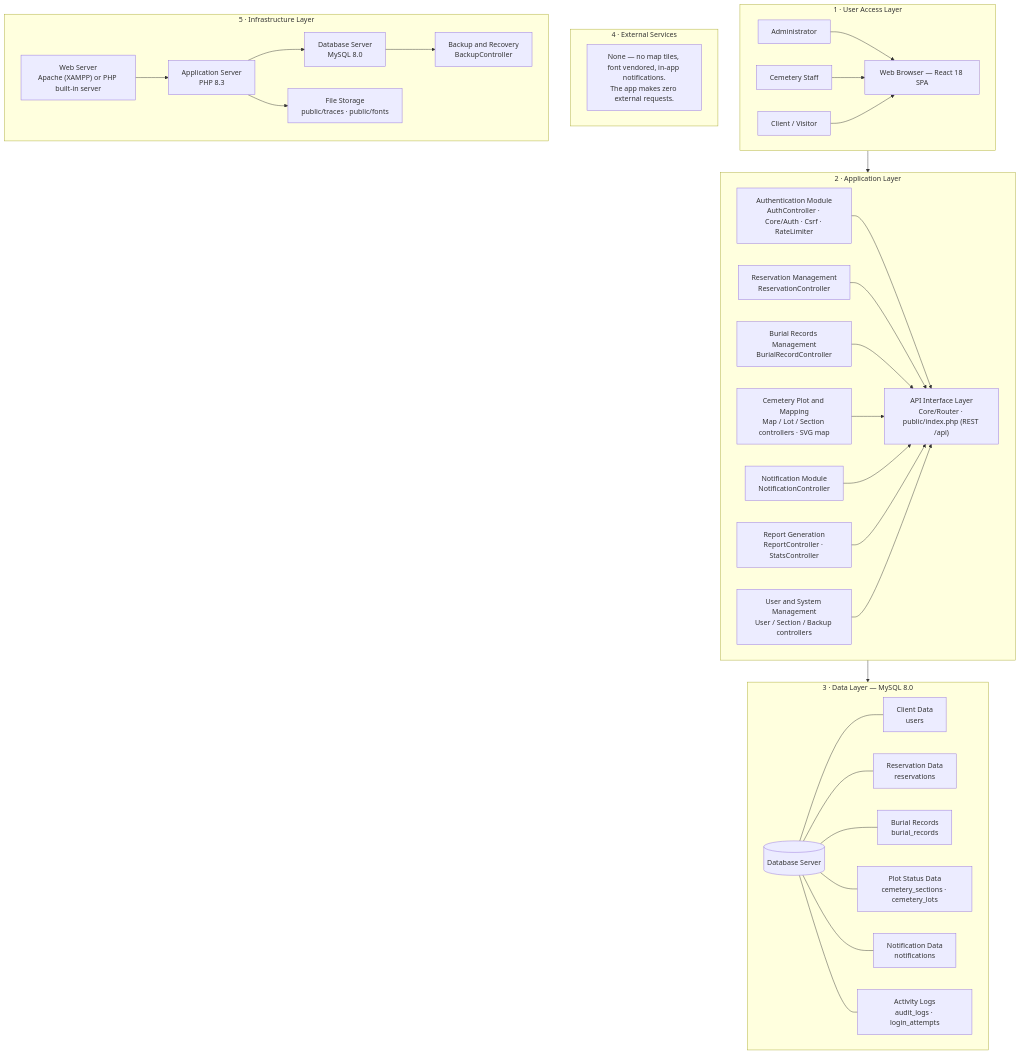
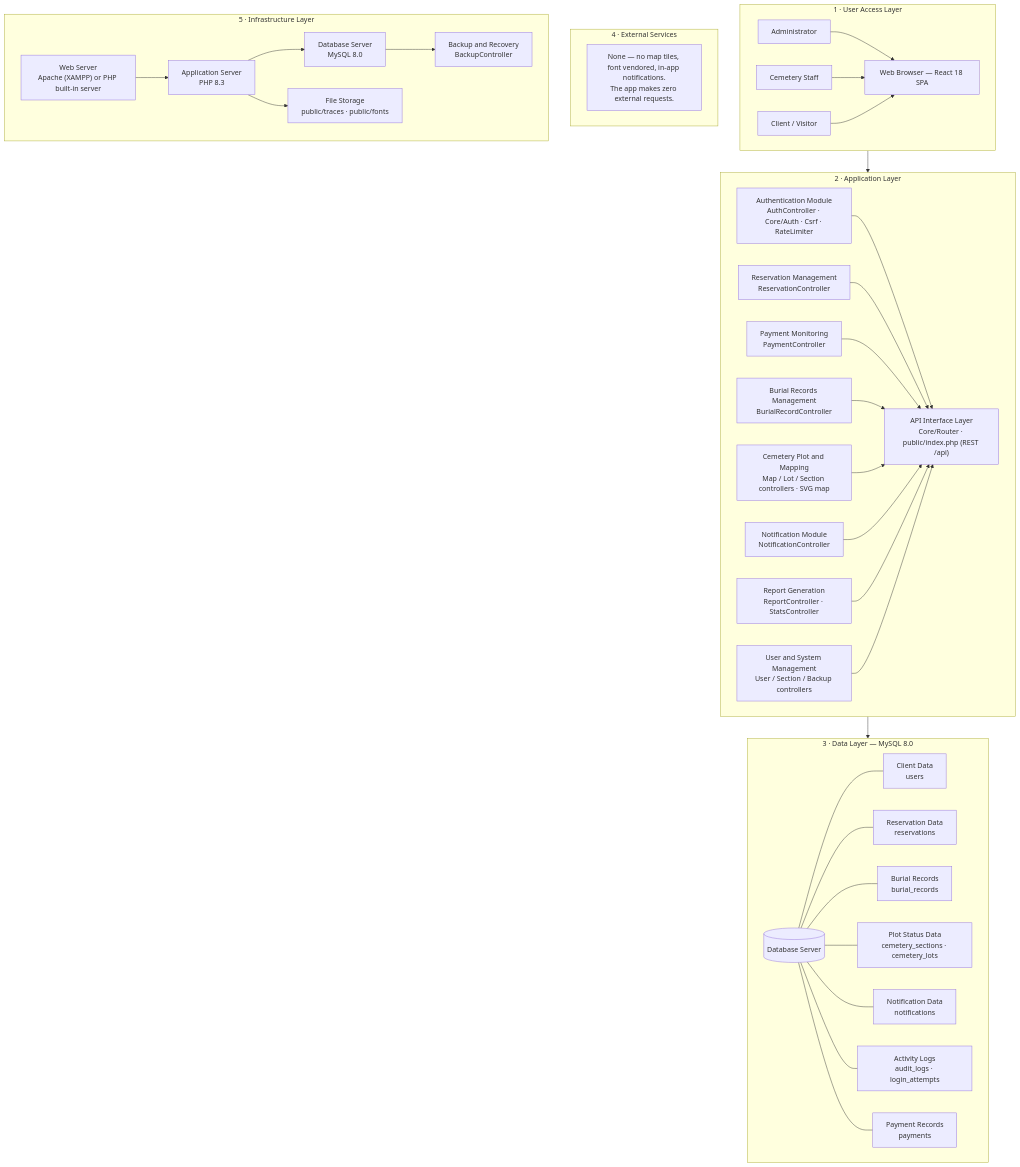
Before and after one commit to s0nprem0/capstone: the diagram in docs/architecture.md, drawn with Mermaid. The commit also changed other lines of this file and 22 other files, not shown here.

First line of the commit message:
feat(payments): re-add the payment monitoring module

````diff
--- a/docs/architecture.md
+++ b/docs/architecture.md
@@ -9,70 +9,74 @@
 ```mermaid
 flowchart TB
   subgraph L1["1 · User Access Layer"]
     direction LR
     A1["Administrator"]
     A2["Cemetery Staff"]
     A3["Client / Visitor"]
     A4["Web Browser — React 18 SPA"]
   end
 
   subgraph L2["2 · Application Layer"]
     direction LR
     M1["Authentication Module<br/>AuthController · Core/Auth · Csrf · RateLimiter"]
     M2["Reservation Management<br/>ReservationController"]
+    M2b["Payment Monitoring<br/>PaymentController"]
     M3["Burial Records Management<br/>BurialRecordController"]
     M4["Cemetery Plot and Mapping<br/>Map / Lot / Section controllers · SVG map"]
     M5["Notification Module<br/>NotificationController"]
     M6["Report Generation<br/>ReportController · StatsController"]
     M7["User and System Management<br/>User / Section / Backup controllers"]
     M8["API Interface Layer<br/>Core/Router · public/index.php (REST /api)"]
   end
 
   subgraph L3["3 · Data Layer — MySQL 8.0"]
     direction LR
     D0[("Database Server")]
     D1["Client Data<br/>users"]
     D2["Reservation Data<br/>reservations"]
     D3["Burial Records<br/>burial_records"]
     D4["Plot Status Data<br/>cemetery_sections · cemetery_lots"]
     D5["Notification Data<br/>notifications"]
     D6["Activity Logs<br/>audit_logs · login_attempts"]
+    D7["Payment Records<br/>payments"]
   end
 
   subgraph L4["4 · External Services"]
     direction LR
     X1["None — no map tiles, font vendored, in-app notifications.<br/>The app makes zero external requests."]
   end
 
   subgraph L5["5 · Infrastructure Layer"]
     direction LR
     I1["Web Server<br/>Apache (XAMPP) or PHP built-in server"]
     I2["Application Server<br/>PHP 8.3"]
     I3["Database Server<br/>MySQL 8.0"]
     I4["File Storage<br/>public/traces · public/fonts"]
     I5["Backup and Recovery<br/>BackupController"]
   end
 
   A1 --> A4
   A2 --> A4
   A3 --> A4
   A4 --> M8
   M1 --> M8
   M2 --> M8
+  M2b --> M8
   M3 --> M8
   M4 --> M8
   M5 --> M8
   M6 --> M8
   M7 --> M8
   M8 --> D0
   D0 --- D1
   D0 --- D2
   D0 --- D3
   D0 --- D4
   D0 --- D5
   D0 --- D6
+  D0 --- D7
   I1 --> I2
   I2 --> I3
   I3 --> I5
   I2 --> I4
 ```
````
